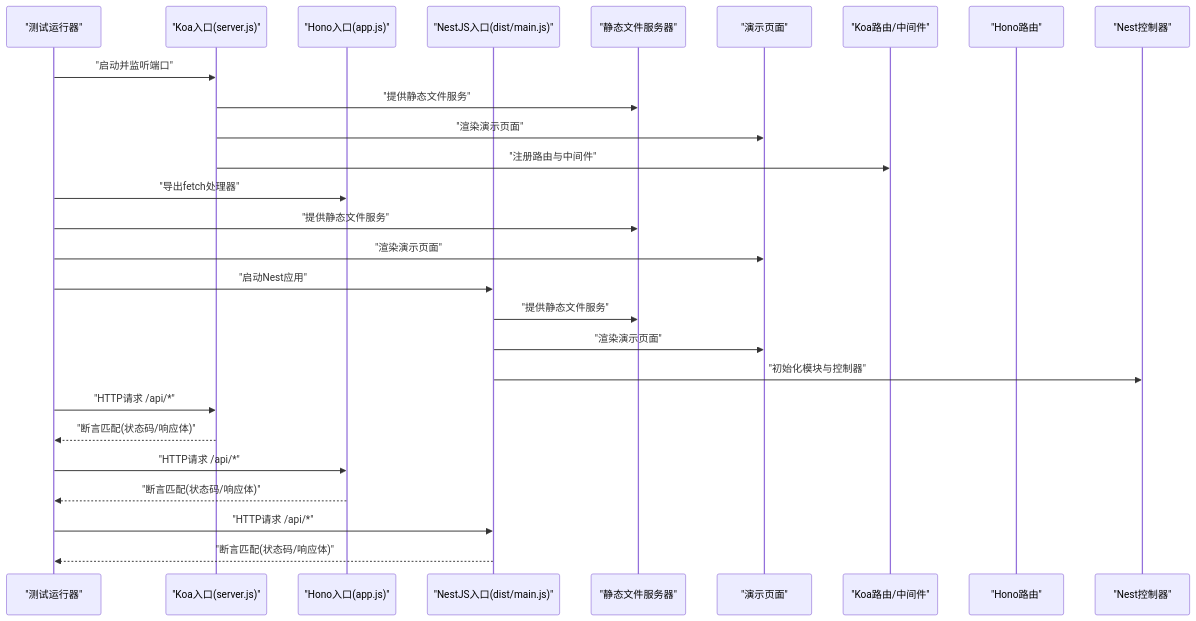
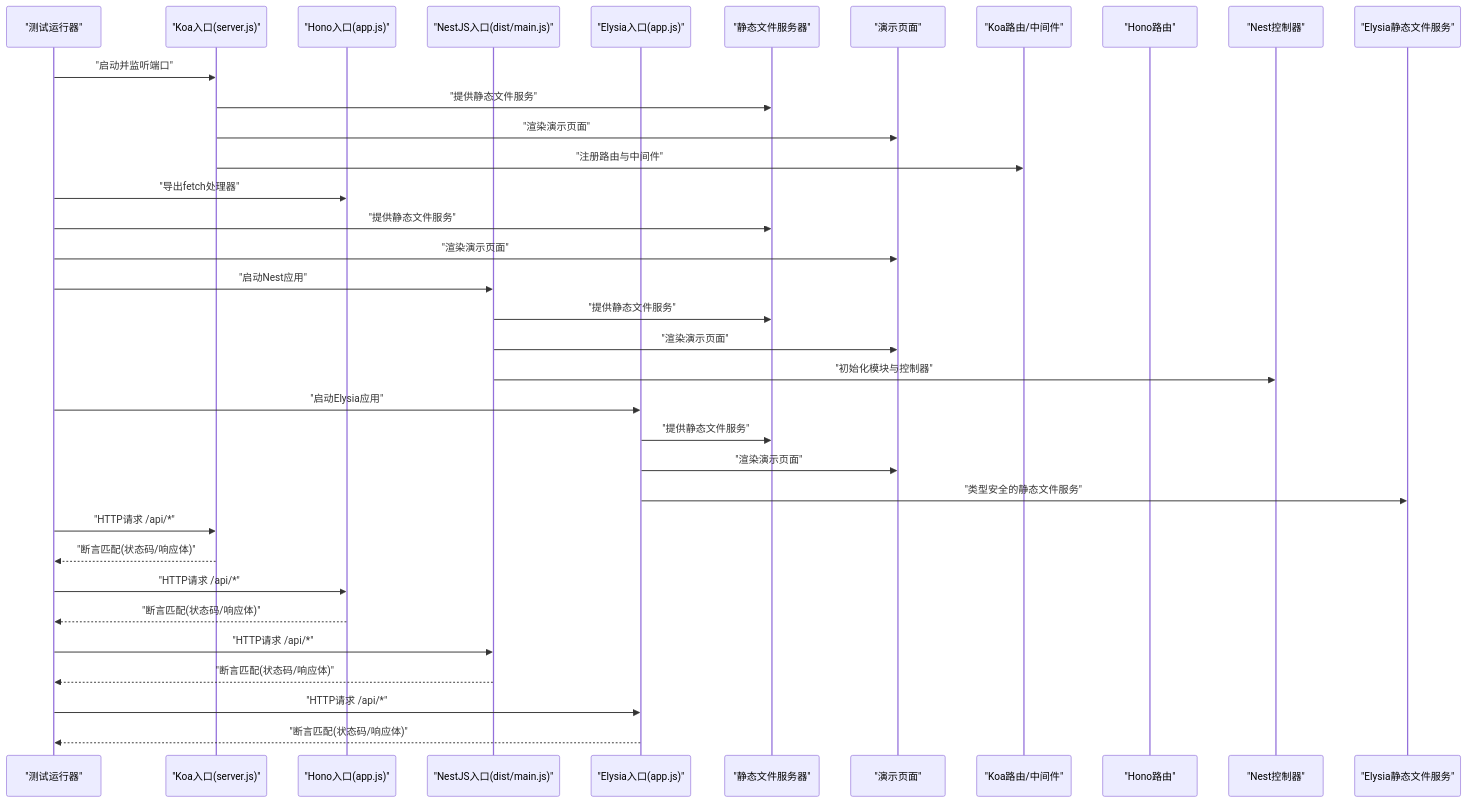
One commit to esa-sp/test-for-aone-ci changed the second of 9 diagrams in .qoder/repowiki/zh/content/后端框架测试/Koa、Hono、NestJS框架测试.md. Above: the diagram before and after it, drawn with Mermaid. The commit also changed other lines of this file and 15 other files, not shown here.

````diff
--- a/.qoder/repowiki/zh/content/后端框架测试/Koa、Hono、NestJS框架测试.md
+++ b/.qoder/repowiki/zh/content/后端框架测试/Koa、Hono、NestJS框架测试.md
@@ -171,29 +202,37 @@
 ```mermaid
 sequenceDiagram
 participant Runner as "测试运行器"
 participant KoaEntry as "Koa入口(server.js)"
 participant HonoEntry as "Hono入口(app.js)"
 participant NestEntry as "NestJS入口(dist/main.js)"
+participant ElysiaEntry as "Elysia入口(app.js)"
 participant StaticServer as "静态文件服务器"
 participant DemoPage as "演示页面"
 participant KoaRouter as "Koa路由/中间件"
 participant HonoRouter as "Hono路由"
 participant NestCtrl as "Nest控制器"
+participant ElysiaStatic as "Elysia静态文件服务"
 Runner->>KoaEntry : "启动并监听端口"
 KoaEntry->>StaticServer : "提供静态文件服务"
 KoaEntry->>DemoPage : "渲染演示页面"
 KoaEntry->>KoaRouter : "注册路由与中间件"
 Runner->>HonoEntry : "导出fetch处理器"
 Runner->>StaticServer : "提供静态文件服务"
 Runner->>DemoPage : "渲染演示页面"
 Runner->>NestEntry : "启动Nest应用"
 NestEntry->>StaticServer : "提供静态文件服务"
 NestEntry->>DemoPage : "渲染演示页面"
 NestEntry->>NestCtrl : "初始化模块与控制器"
+Runner->>ElysiaEntry : "启动Elysia应用"
+ElysiaEntry->>StaticServer : "提供静态文件服务"
+ElysiaEntry->>DemoPage : "渲染演示页面"
+ElysiaEntry->>ElysiaStatic : "类型安全的静态文件服务"
 Runner->>KoaEntry : "HTTP请求 /api/*"
 KoaEntry-->>Runner : "断言匹配(状态码/响应体)"
 Runner->>HonoEntry : "HTTP请求 /api/*"
 HonoEntry-->>Runner : "断言匹配(状态码/响应体)"
 Runner->>NestEntry : "HTTP请求 /api/*"
 NestEntry-->>Runner : "断言匹配(状态码/响应体)"
+Runner->>ElysiaEntry : "HTTP请求 /api/*"
+ElysiaEntry-->>Runner : "断言匹配(状态码/响应体)"
 ```
````
